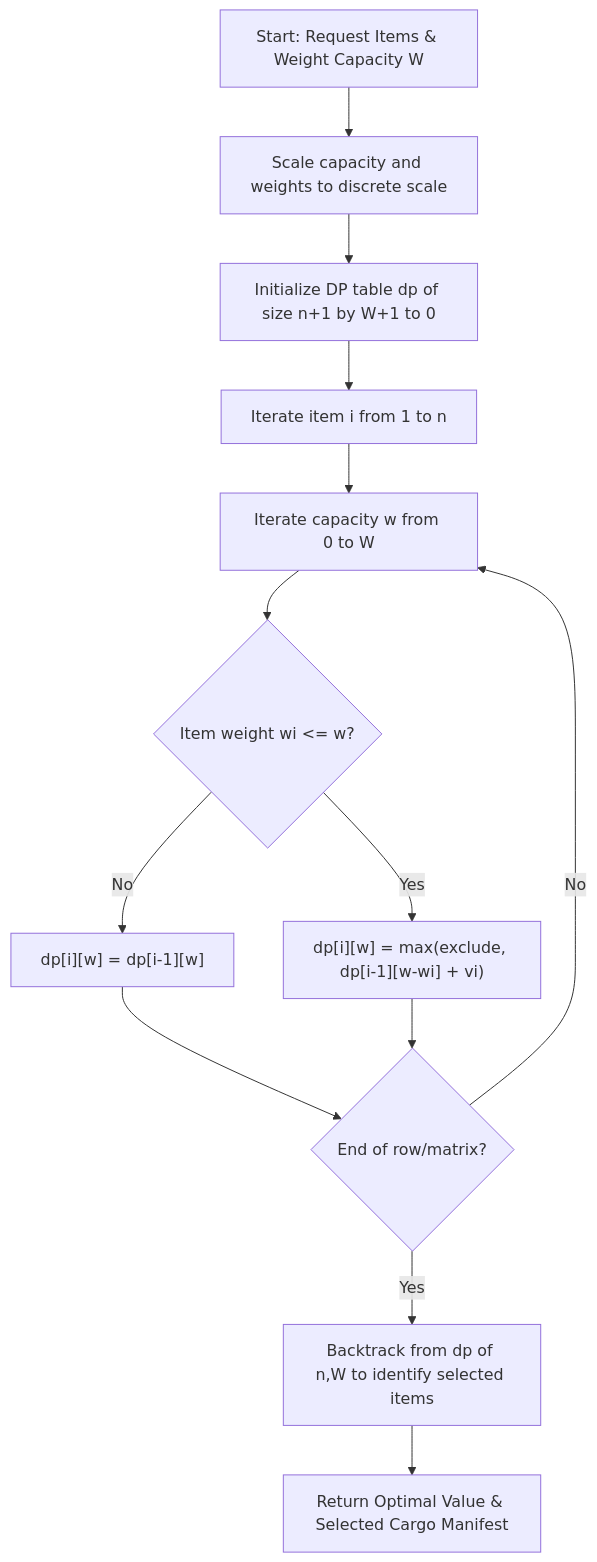
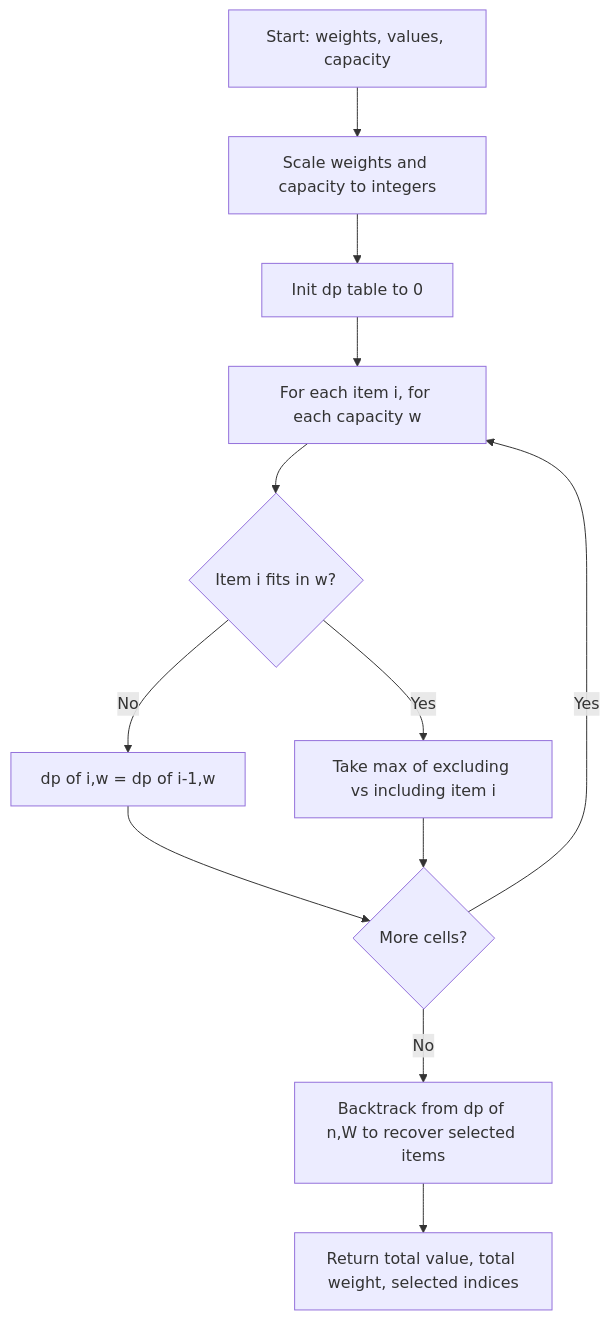
One commit to Septagon-Systems/Hospital-Service-DSA changed the third of 5 diagrams in docs/service-operations/flowcharts-pseudocode.md. Above: the diagram before and after it, drawn with Mermaid. The commit also changed other lines of this file, not shown here.

First line of the commit message:
Revise flowcharts and pseudocode for major operations

````diff
--- a/docs/service-operations/flowcharts-pseudocode.md
+++ b/docs/service-operations/flowcharts-pseudocode.md
@@ -247,15 +199,14 @@
 ```mermaid
 flowchart TD
-    A[Start: Request Items & Weight Capacity W] --> B[Scale capacity and weights to discrete scale]
-    B --> C[Initialize DP table dp of size n+1 by W+1 to 0]
-    C --> D[Iterate item i from 1 to n]
-    D --> E[Iterate capacity w from 0 to W]
-    E --> F{"Item weight wi <= w?"}
-    F -- No --> G["dp[i][w] = dp[i-1][w]"]
-    F -- Yes --> H["dp[i][w] = max(exclude, dp[i-1][w-wi] + vi)"]
-    G --> I{End of row/matrix?}
-    H --> I
-    I -- No --> E
-    I -- Yes --> J[Backtrack from dp of n,W to identify selected items]
-    J --> K[Return Optimal Value & Selected Cargo Manifest]
+    A[Start: weights, values, capacity] --> B[Scale weights and capacity to integers]
+    B --> C[Init dp table to 0]
+    C --> D[For each item i, for each capacity w]
+    D --> E{Item i fits in w?}
+    E -- No --> F[dp of i,w = dp of i-1,w]
+    E -- Yes --> G[Take max of excluding vs including item i]
+    F --> H{More cells?}
+    G --> H
+    H -- Yes --> D
+    H -- No --> I[Backtrack from dp of n,W to recover selected items]
+    I --> J[Return total value, total weight, selected indices]
 ```
````
